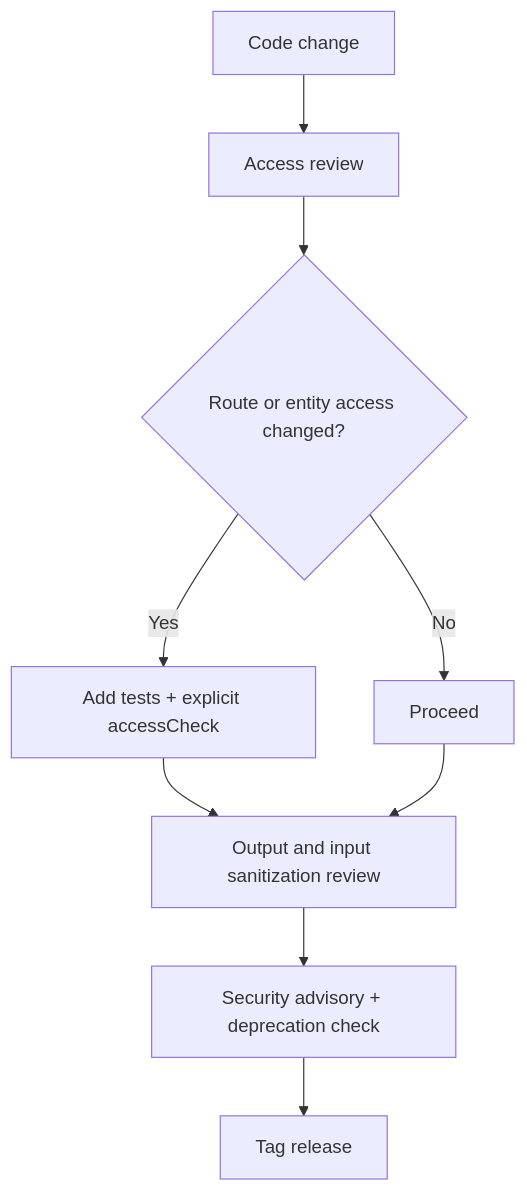
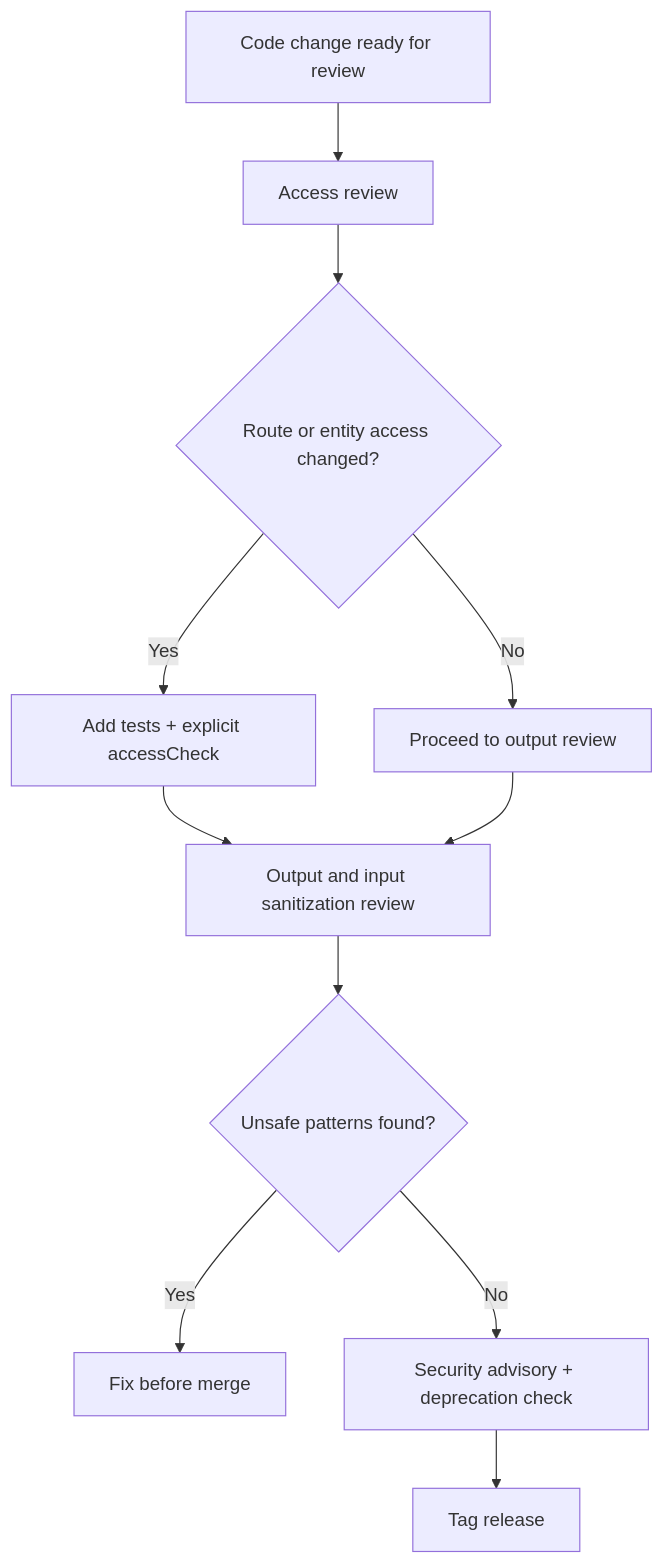
The diagram in blog/2026-02-25-drupal-contrib-security-hardening-checklist-d10-d11.md (victorstack-ai/agent-blog), drawn with Mermaid before and after one commit. The commit also changed other lines of this file and 7 other files, not shown here.

````diff
--- a/blog/2026-02-25-drupal-contrib-security-hardening-checklist-d10-d11.md
+++ b/blog/2026-02-25-drupal-contrib-security-hardening-checklist-d10-d11.md
@@ -38,11 +45,13 @@
 ```mermaid
 flowchart TD
-A[Code change] --> B[Access review]
-B --> C{Route or entity access changed?}
-C -->|Yes| D[Add tests + explicit accessCheck]
-C -->|No| E[Proceed]
-D --> F[Output and input sanitization review]
-E --> F
-F --> G[Security advisory + deprecation check]
-G --> H[Tag release]
+    A[Code change ready for review] --> B[Access review]
+    B --> C{Route or entity access changed?}
+    C -->|Yes| D[Add tests + explicit accessCheck]
+    C -->|No| E[Proceed to output review]
+    D --> F[Output and input sanitization review]
+    E --> F
+    F --> G{Unsafe patterns found?}
+    G -->|Yes| H[Fix before merge]
+    G -->|No| I[Security advisory + deprecation check]
+    I --> J[Tag release]
 ```
````
